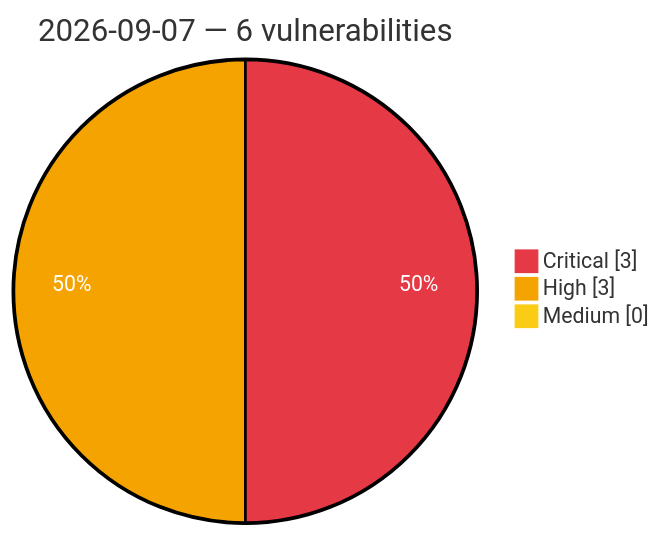
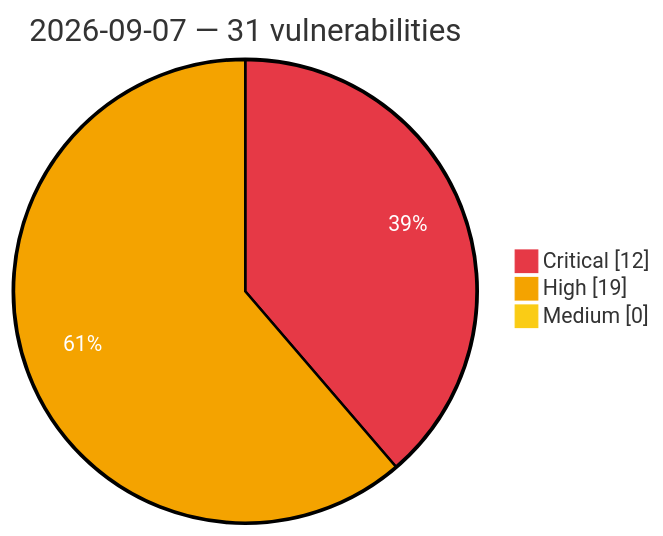
Before and after one commit to GhostX0X/vuln-tracker: the diagram in vulnerabilities/2026/September/2026-09-07.md, drawn with Mermaid. The commit also changed other lines of this file and 5 other files, not shown here.

Commit message:
Auto update: critical/high vulns (2026-09-07 15:58 UTC)

````diff
--- a/vulnerabilities/2026/September/2026-09-07.md
+++ b/vulnerabilities/2026/September/2026-09-07.md
@@ -3,8 +3,8 @@
 ```mermaid
 %%{init: {'theme':'base', 'themeVariables': {'pie1':'#e63946', 'pie2':'#f4a300', 'pie3':'#facc15', 'pieOpacity':'1', 'pieOuterStrokeWidth':'2px', 'pieSectionTextColor':'#ffffff'}}}%%
 pie showData
-    title 2026-09-07 — 6 vulnerabilities
-    "Critical" : 3
-    "High" : 3
+    title 2026-09-07 — 31 vulnerabilities
+    "Critical" : 12
+    "High" : 19
     "Medium" : 0
 ```
````
